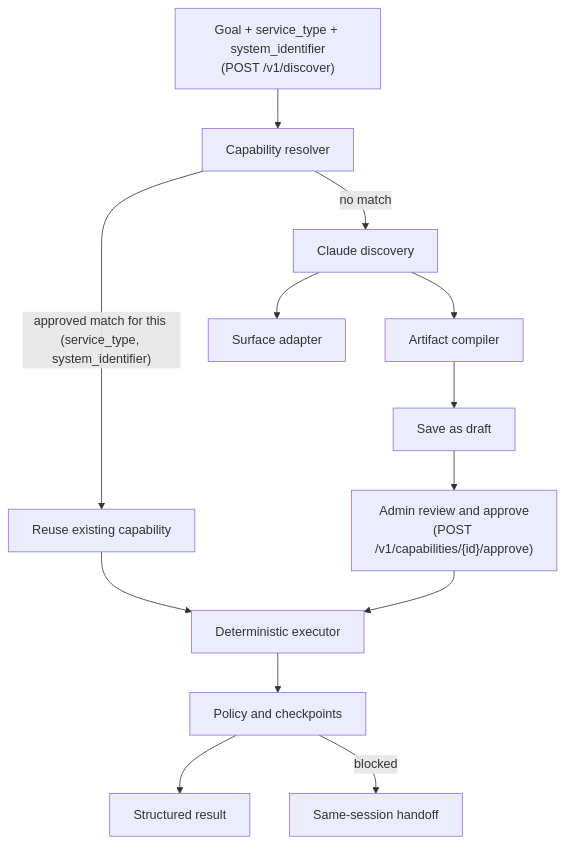
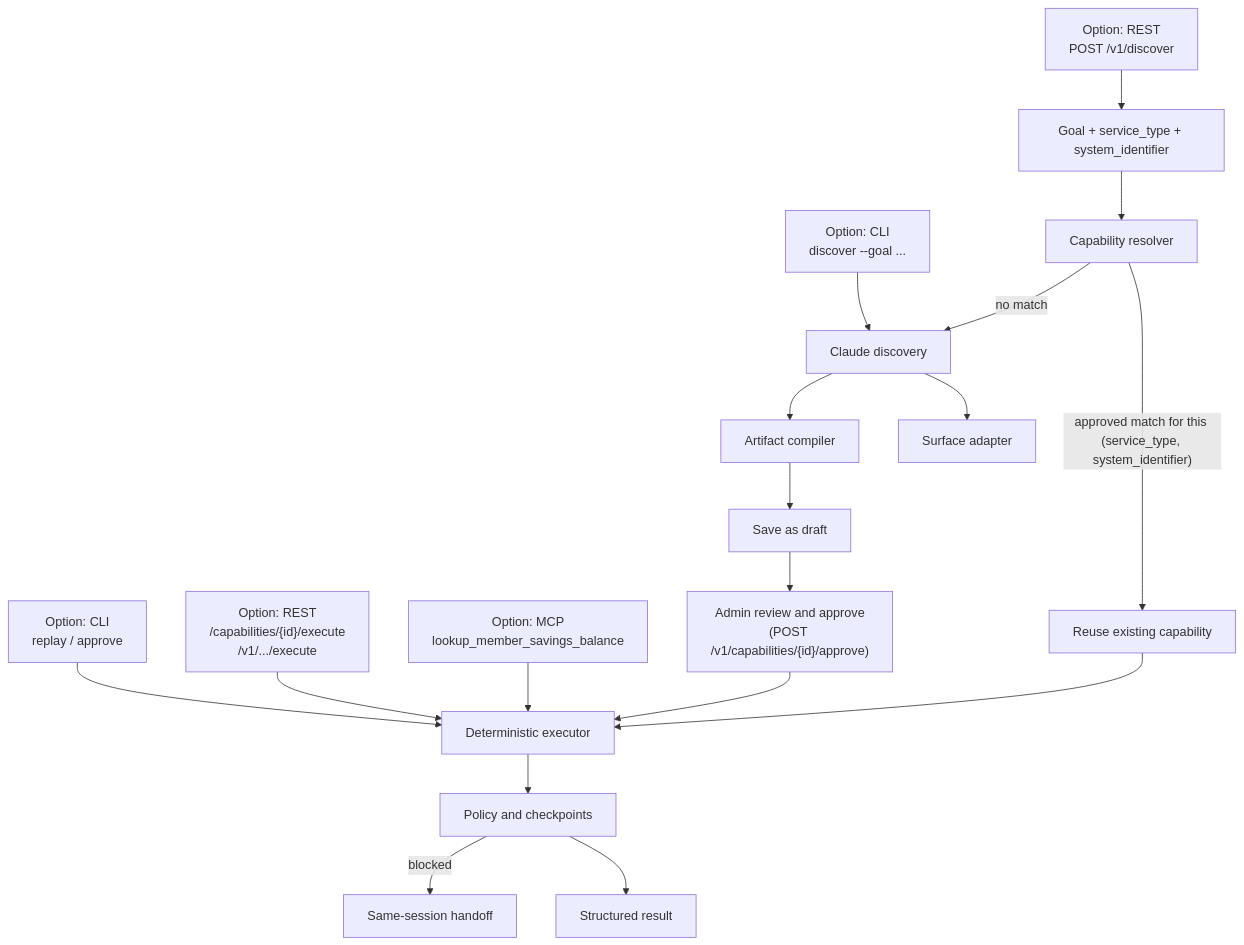
Before and after one commit to sathishKaruppannan/computer-use-capability-platform: the diagram in README.md, drawn with Mermaid. The commit also changed other lines of this file, not shown here.

First line of the commit message:
Add real sample REST request/response bodies, list CLI/MCP as entry-point options in the diagram

````diff
--- a/README.md
+++ b/README.md
@@ -14,15 +14,21 @@
 ```mermaid
 flowchart TD
-  G["Goal + service_type + system_identifier<br/>(POST /v1/discover)"] --> R[Capability resolver]
+  CLID["Option: CLI<br/>discover --goal ..."] --> D
+  RESTD["Option: REST<br/>POST /v1/discover"] --> G
+  CLIR["Option: CLI<br/>replay / approve"] --> E
+  RESTE["Option: REST<br/>/capabilities/{id}/execute<br/>/v1/.../execute"] --> E
+  MCPL["Option: MCP<br/>lookup_member_savings_balance"] --> E
+
+  G["Goal + service_type + system_identifier"] --> R[Capability resolver]
   R -->|"approved match for this (service_type, system_identifier)"| X[Reuse existing capability]
   R -->|no match| D[Claude discovery]
   D --> S[Surface adapter]
   D --> C[Artifact compiler]
   C --> N["Save as draft"]
   N --> V["Admin review and approve<br/>(POST /v1/capabilities/{id}/approve)"]
   X --> E[Deterministic executor]
   V --> E
   E --> P[Policy and checkpoints]
   P --> A[Structured result]
   P -->|blocked| H[Same-session handoff]
 ```
````
